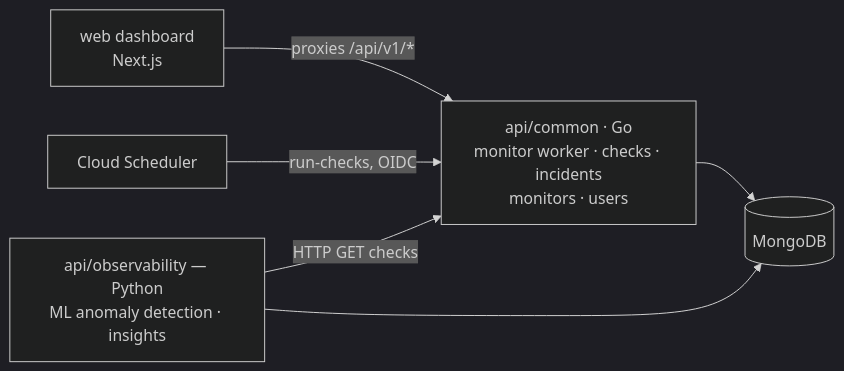
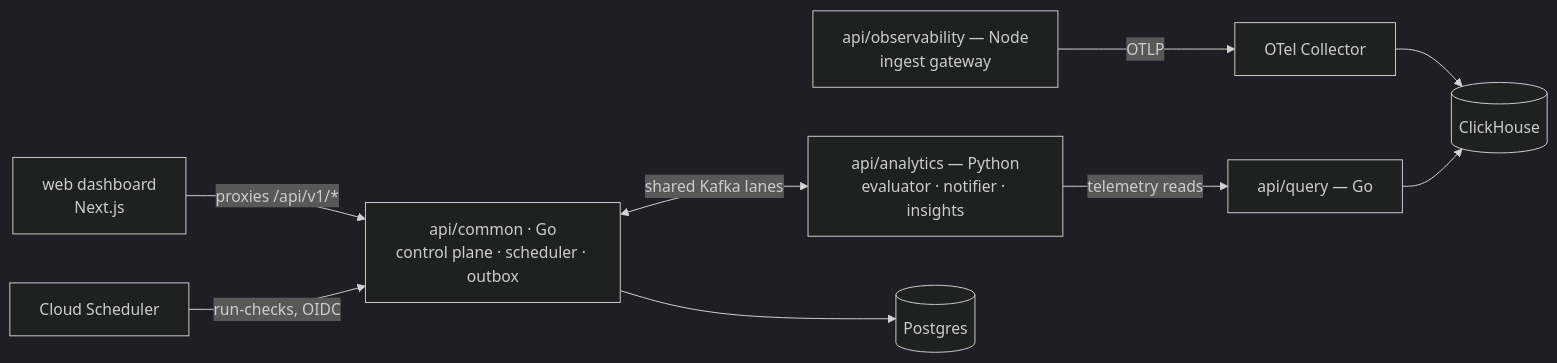
One commit to cuesoftinc/upstat changed the diagram in docs/overview.md. Above: the diagram before and after it, drawn with Mermaid (dark theme). The commit also changed other lines of this file and 5 other files, not shown here.

Commit message:
docs: replace stale MongoDB descriptions with Postgres and ClickHouse (#429) (#458)

````diff
--- a/docs/overview.md
+++ b/docs/overview.md
@@ -9,8 +9,10 @@
 ```mermaid
 flowchart LR
-    WEB[web dashboard<br/>Next.js] -->|proxies /api/v1/*| AC[api/common · Go<br/>monitor worker · checks · incidents<br/>monitors · users]
+    WEB[web dashboard<br/>Next.js] -->|proxies /api/v1/*| AC[api/common · Go<br/>control plane · scheduler · outbox]
     SCH[Cloud Scheduler] -->|run-checks, OIDC| AC
-    OBS[api/observability — Python<br/>ML anomaly detection · insights] -->|HTTP GET checks| AC
-    AC --> MG[(MongoDB)]
-    OBS --> MG
+    OBS[api/observability — Node<br/>ingest gateway] -->|OTLP| COL[OTel Collector] --> CH[(ClickHouse)]
+    AN[api/analytics — Python<br/>evaluator · notifier · insights] -->|telemetry reads| Q[api/query — Go]
+    Q --> CH
+    AC --> PG[(Postgres)]
+    AC <-->|shared Kafka lanes| AN
 ```
````
